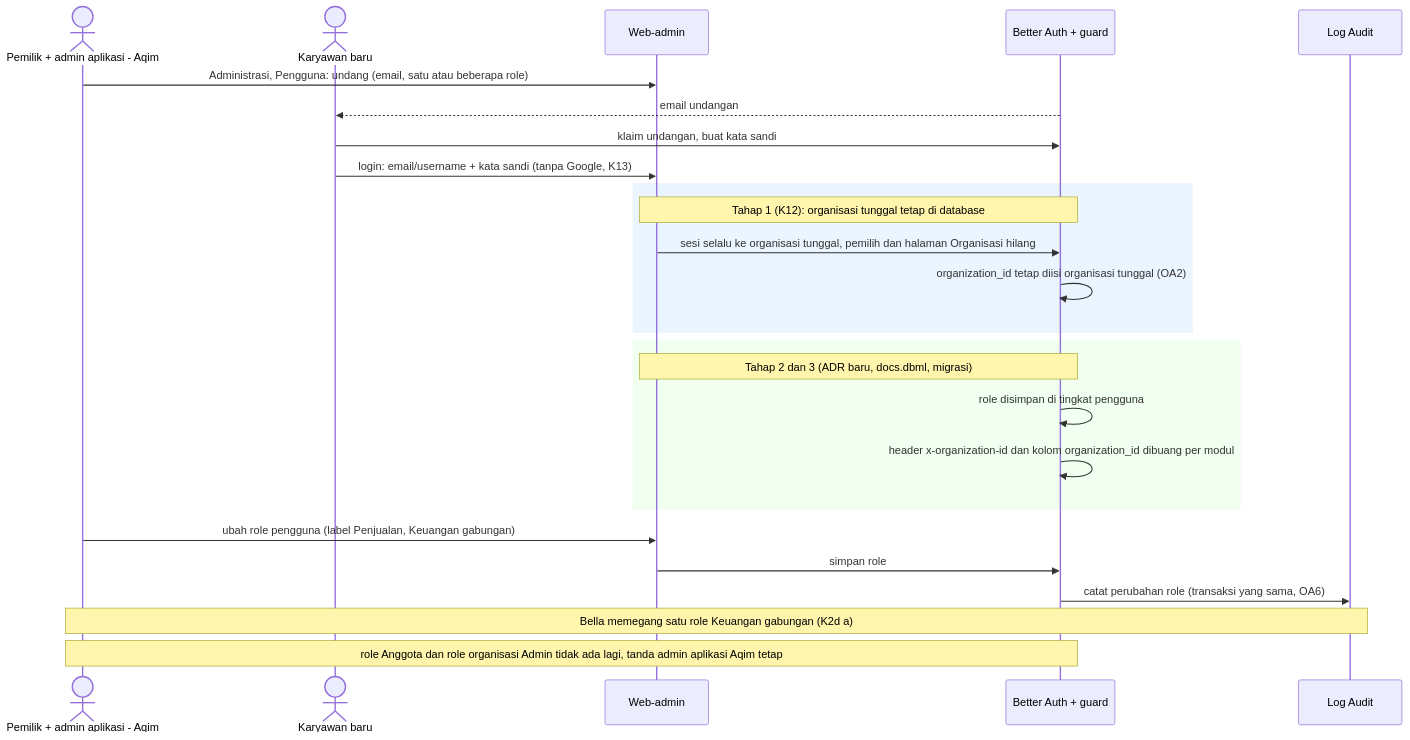
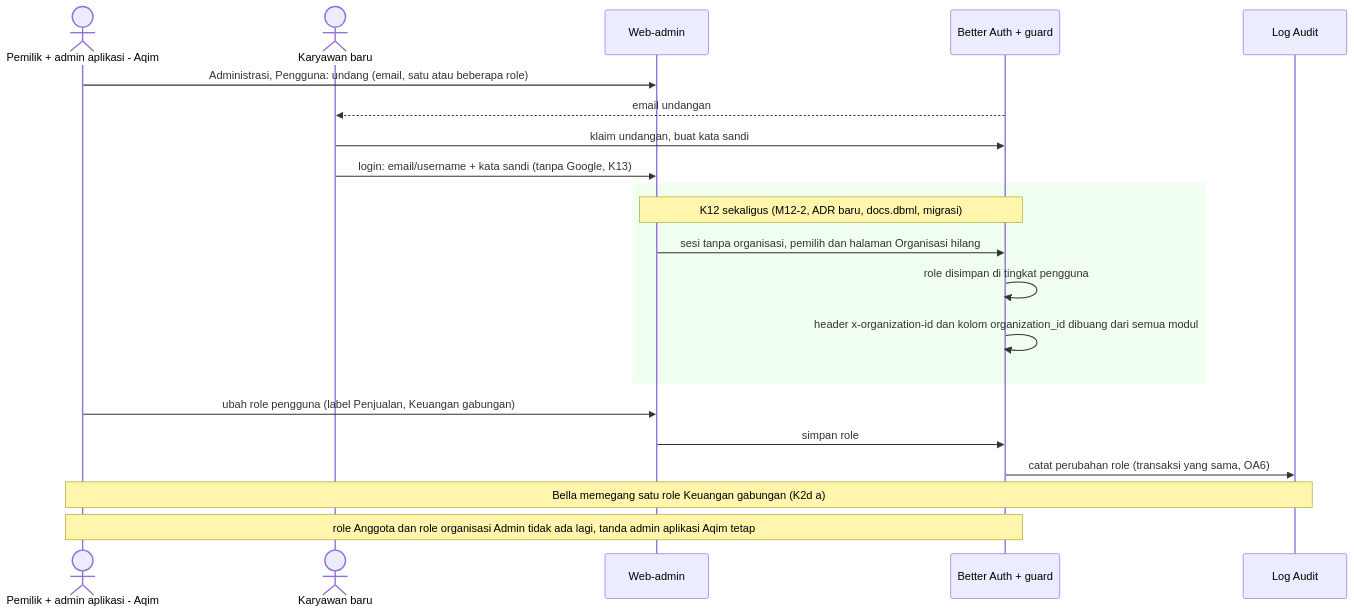
One commit to okifirsyah404/ims-erp changed diagram 13 of 22 in docs/adjustment/3-rancangan/diagram-alur/sekarang-vs-sesudah.md. Above: the diagram before and after it, drawn with Mermaid. The commit also changed other lines of this file and 14 other files, not shown here.

````diff
--- a/docs/adjustment/3-rancangan/diagram-alur/sekarang-vs-sesudah.md
+++ b/docs/adjustment/3-rancangan/diagram-alur/sekarang-vs-sesudah.md
@@ -527,28 +527,24 @@
 ```mermaid
 sequenceDiagram
     actor W as Pemilik + admin aplikasi - Aqim
     actor U as Karyawan baru
     participant WA as Web-admin
     participant AUTH as Better Auth + guard
     participant AU as Log Audit
 
     W->>WA: Administrasi, Pengguna: undang (email, satu atau beberapa role)
     AUTH-->>U: email undangan
     U->>AUTH: klaim undangan, buat kata sandi
     U->>WA: login: email/username + kata sandi (tanpa Google, K13)
-    rect rgb(235, 245, 255)
-        Note over WA,AUTH: Tahap 1 (K12): organisasi tunggal tetap di database
-        WA->>AUTH: sesi selalu ke organisasi tunggal, pemilih dan halaman Organisasi hilang
-        AUTH->>AUTH: organization_id tetap diisi organisasi tunggal (OA2)
-    end
     rect rgb(240, 255, 240)
-        Note over WA,AUTH: Tahap 2 dan 3 (ADR baru, docs.dbml, migrasi)
+        Note over WA,AUTH: K12 sekaligus (M12-2, ADR baru, docs.dbml, migrasi)
+        WA->>AUTH: sesi tanpa organisasi, pemilih dan halaman Organisasi hilang
         AUTH->>AUTH: role disimpan di tingkat pengguna
-        AUTH->>AUTH: header x-organization-id dan kolom organization_id dibuang per modul
+        AUTH->>AUTH: header x-organization-id dan kolom organization_id dibuang dari semua modul
     end
     W->>WA: ubah role pengguna (label Penjualan, Keuangan gabungan)
     WA->>AUTH: simpan role
     AUTH->>AU: catat perubahan role (transaksi yang sama, OA6)
     Note over W,AU: Bella memegang satu role Keuangan gabungan (K2d a)
     Note over W,AUTH: role Anggota dan role organisasi Admin tidak ada lagi, tanda admin aplikasi Aqim tetap
 ```
````
